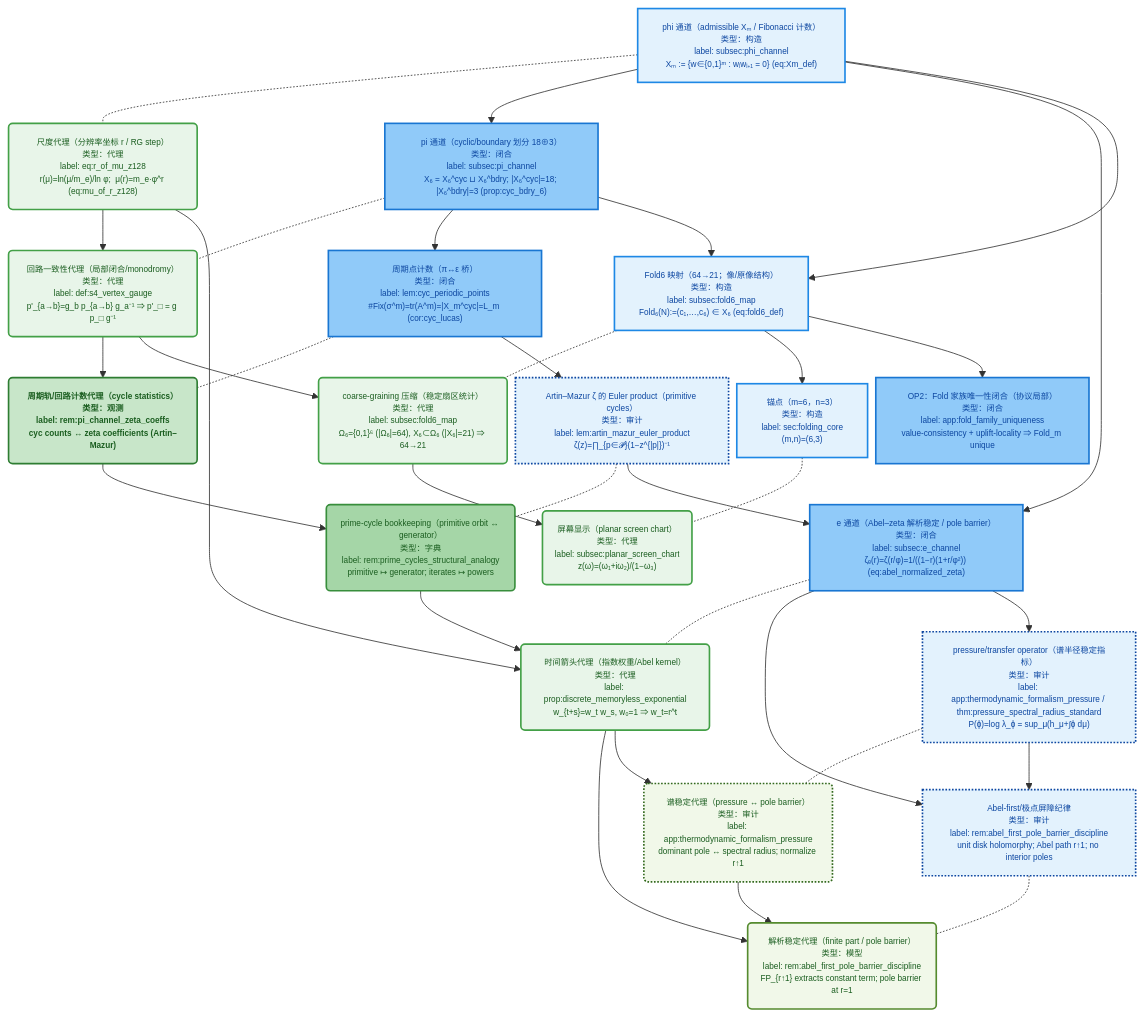
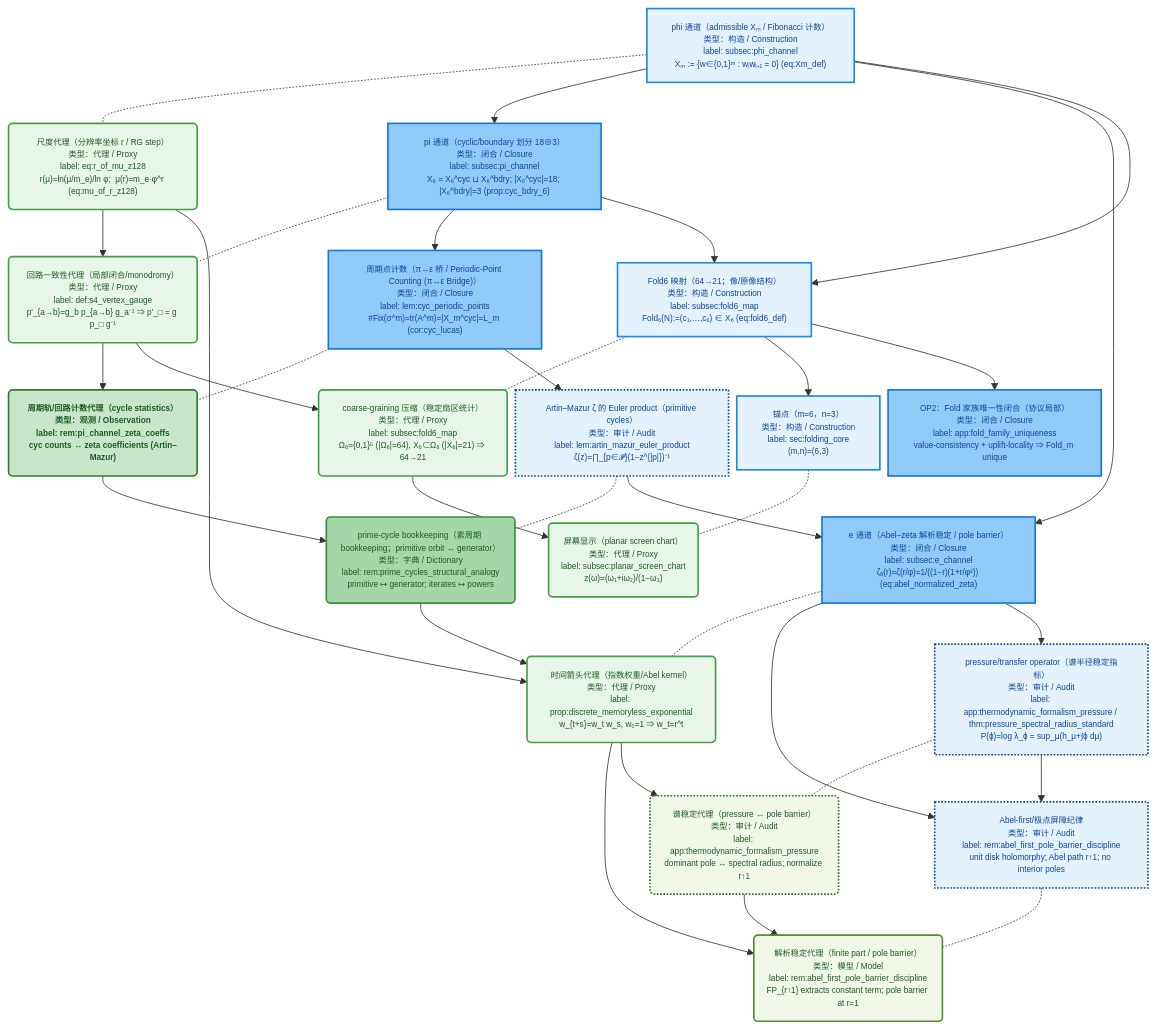
Before and after one commit to loning/the-omega: the second of 11 diagrams in docs/papers/2025_z128_standard_model_stable_sector_hpa_omega/architecture_dag.md, drawn with Mermaid. The commit also changed other lines of this file, not shown here.

First line of the commit message:
Update architecture DAG with bilingual terminology and enhanced clarity

```diff
--- a/docs/papers/2025_z128_standard_model_stable_sector_hpa_omega/architecture_dag.md
+++ b/docs/papers/2025_z128_standard_model_stable_sector_hpa_omega/architecture_dag.md
@@ -132,42 +132,42 @@
 %%{init: {"maxTextSize": 100000, "flowchart": {"useMaxWidth": false, "nodeSpacing": 10, "rankSpacing": 50}, "themeVariables": {"fontSize": "10px"}}}%%
 flowchart TB
 
-  M_phi["phi 通道（admissible Xₘ / Fibonacci 计数）<br/>类型：构造<br/>label: subsec:phi_channel<br/>Xₘ := {w∈{0,1}ᵐ : wᵢwᵢ₊₁ = 0} (eq:Xm_def)"]
-  P_phi("尺度代理（分辨率坐标 r / RG step）<br/>类型：代理<br/>label: eq:r_of_mu_z128<br/>r(μ)=ln(μ/m_e)/ln φ;  μ(r)=m_e·φ^r (eq:mu_of_r_z128)")
+  M_phi["phi 通道（admissible Xₘ / Fibonacci 计数）<br/>类型：构造 / Construction<br/>label: subsec:phi_channel<br/>Xₘ := {w∈{0,1}ᵐ : wᵢwᵢ₊₁ = 0} (eq:Xm_def)"]
+  P_phi("尺度代理（分辨率坐标 r / RG step）<br/>类型：代理 / Proxy<br/>label: eq:r_of_mu_z128<br/>r(μ)=ln(μ/m_e)/ln φ;  μ(r)=m_e·φ^r (eq:mu_of_r_z128)")
   M_phi -.- P_phi
 
-  M_pi["pi 通道（cyclic/boundary 划分 18⊕3）<br/>类型：闭合<br/>label: subsec:pi_channel<br/>X₆ = X₆^cyc ⊔ X₆^bdry; |X₆^cyc|=18; |X₆^bdry|=3 (prop:cyc_bdry_6)"]
-  P_pi("回路一致性代理（局部闭合/monodromy）<br/>类型：代理<br/>label: def:s4_vertex_gauge<br/>p'_{a→b}=g_b p_{a→b} g_a⁻¹ ⇒ p'_□ = g p_□ g⁻¹")
+  M_pi["pi 通道（cyclic/boundary 划分 18⊕3）<br/>类型：闭合 / Closure<br/>label: subsec:pi_channel<br/>X₆ = X₆^cyc ⊔ X₆^bdry; |X₆^cyc|=18; |X₆^bdry|=3 (prop:cyc_bdry_6)"]
+  P_pi("回路一致性代理（局部闭合/monodromy）<br/>类型：代理 / Proxy<br/>label: def:s4_vertex_gauge<br/>p'_{a→b}=g_b p_{a→b} g_a⁻¹ ⇒ p'_□ = g p_□ g⁻¹")
   M_pi -.- P_pi
 
-  M_periodic["周期点计数（π↔ε 桥）<br/>类型：闭合<br/>label: lem:cyc_periodic_points<br/>#Fix(σ^m)=tr(A^m)=|X_m^cyc|=L_m (cor:cyc_lucas)"]
-  P_periodic("周期轨/回路计数代理（cycle statistics）<br/>类型：观测<br/>label: rem:pi_channel_zeta_coeffs<br/>cyc counts ↔ zeta coefficients (Artin–Mazur)")
+  M_periodic["周期点计数（π↔ε 桥 / Periodic-Point Counting (π↔ε Bridge)）<br/>类型：闭合 / Closure<br/>label: lem:cyc_periodic_points<br/>#Fix(σ^m)=tr(A^m)=|X_m^cyc|=L_m (cor:cyc_lucas)"]
+  P_periodic("周期轨/回路计数代理（cycle statistics）<br/>类型：观测 / Observation<br/>label: rem:pi_channel_zeta_coeffs<br/>cyc counts ↔ zeta coefficients (Artin–Mazur)")
   M_periodic -.- P_periodic
 
-  M_am_euler["Artin–Mazur ζ 的 Euler product（primitive cycles）<br/>类型：审计<br/>label: lem:artin_mazur_euler_product<br/>ζ(z)=∏_{p∈𝓟}(1−z^{|p|})⁻¹"]
-  P_am_euler("prime-cycle bookkeeping（primitive orbit ↔ generator）<br/>类型：字典<br/>label: rem:prime_cycles_structural_analogy<br/>primitive ↦ generator; iterates ↦ powers")
+  M_am_euler["Artin–Mazur ζ 的 Euler product（primitive cycles）<br/>类型：审计 / Audit<br/>label: lem:artin_mazur_euler_product<br/>ζ(z)=∏_{p∈𝓟}(1−z^{|p|})⁻¹"]
+  P_am_euler("prime-cycle bookkeeping（素周期 bookkeeping；primitive orbit ↔ generator）<br/>类型：字典 / Dictionary<br/>label: rem:prime_cycles_structural_analogy<br/>primitive ↦ generator; iterates ↦ powers")
   M_am_euler -.- P_am_euler
 
-  M_pressure["pressure/transfer operator（谱半径稳定指标）<br/>类型：审计<br/>label: app:thermodynamic_formalism_pressure / thm:pressure_spectral_radius_standard<br/>P(ϕ)=log λ_ϕ = sup_μ(h_μ+∫ϕ dμ)"]
-  P_pressure("谱稳定代理（pressure ↔ pole barrier）<br/>类型：审计<br/>label: app:thermodynamic_formalism_pressure<br/>dominant pole ↔ spectral radius; normalize r↑1")
+  M_pressure["pressure/transfer operator（谱半径稳定指标）<br/>类型：审计 / Audit<br/>label: app:thermodynamic_formalism_pressure / thm:pressure_spectral_radius_standard<br/>P(ϕ)=log λ_ϕ = sup_μ(h_μ+∫ϕ dμ)"]
+  P_pressure("谱稳定代理（pressure ↔ pole barrier）<br/>类型：审计 / Audit<br/>label: app:thermodynamic_formalism_pressure<br/>dominant pole ↔ spectral radius; normalize r↑1")
   M_pressure -.- P_pressure
 
-  M_e["e 通道（Abel–zeta 解析稳定 / pole barrier）<br/>类型：闭合<br/>label: subsec:e_channel<br/>ζₑ(r)=ζ(r/φ)=1/((1−r)(1+r/φ²)) (eq:abel_normalized_zeta)"]
-  P_e("时间箭头代理（指数权重/Abel kernel）<br/>类型：代理<br/>label: prop:discrete_memoryless_exponential<br/>w_{t+s}=w_t w_s, w₀=1 ⇒ w_t=r^t")
+  M_e["e 通道（Abel–zeta 解析稳定 / pole barrier）<br/>类型：闭合 / Closure<br/>label: subsec:e_channel<br/>ζₑ(r)=ζ(r/φ)=1/((1−r)(1+r/φ²)) (eq:abel_normalized_zeta)"]
+  P_e("时间箭头代理（指数权重/Abel kernel）<br/>类型：代理 / Proxy<br/>label: prop:discrete_memoryless_exponential<br/>w_{t+s}=w_t w_s, w₀=1 ⇒ w_t=r^t")
   M_e -.- P_e
 
-  M_abel["Abel-first/极点屏障纪律<br/>类型：审计<br/>label: rem:abel_first_pole_barrier_discipline<br/>unit disk holomorphy; Abel path r↑1; no interior poles"]
-  P_abel("解析稳定代理（finite part / pole barrier）<br/>类型：模型<br/>label: rem:abel_first_pole_barrier_discipline<br/>FP_{r↑1} extracts constant term; pole barrier at r=1")
+  M_abel["Abel-first/极点屏障纪律<br/>类型：审计 / Audit<br/>label: rem:abel_first_pole_barrier_discipline<br/>unit disk holomorphy; Abel path r↑1; no interior poles"]
+  P_abel("解析稳定代理（finite part / pole barrier）<br/>类型：模型 / Model<br/>label: rem:abel_first_pole_barrier_discipline<br/>FP_{r↑1} extracts constant term; pole barrier at r=1")
   M_abel -.- P_abel
 
-  M_fold["Fold6 映射（64→21；像/原像结构）<br/>类型：构造<br/>label: subsec:fold6_map<br/>Fold₆(N):=(c₁,…,c₆) ∈ X₆ (eq:fold6_def)"]
-  P_fold("coarse-graining 压缩（稳定扇区统计）<br/>类型：代理<br/>label: subsec:fold6_map<br/>Ω₆={0,1}⁶ (|Ω₆|=64), X₆⊂Ω₆ (|X₆|=21) ⇒ 64→21")
+  M_fold["Fold6 映射（64→21；像/原像结构）<br/>类型：构造 / Construction<br/>label: subsec:fold6_map<br/>Fold₆(N):=(c₁,…,c₆) ∈ X₆ (eq:fold6_def)"]
+  P_fold("coarse-graining 压缩（稳定扇区统计）<br/>类型：代理 / Proxy<br/>label: subsec:fold6_map<br/>Ω₆={0,1}⁶ (|Ω₆|=64), X₆⊂Ω₆ (|X₆|=21) ⇒ 64→21")
   M_fold -.- P_fold
 
-  M_op2_fold_uniqueness["OP2：Fold 家族唯一性闭合（协议局部）<br/>类型：闭合<br/>label: app:fold_family_uniqueness<br/>value-consistency + uplift-locality ⇒ Fold_m unique"]
+  M_op2_fold_uniqueness["OP2：Fold 家族唯一性闭合（协议局部）<br/>类型：闭合 / Closure<br/>label: app:fold_family_uniqueness<br/>value-consistency + uplift-locality ⇒ Fold_m unique"]
 
-  M_anchor["锚点（m=6，n=3）<br/>类型：构造<br/>label: sec:folding_core<br/>(m,n)=(6,3)"]
-  P_screen("屏幕显示（planar screen chart）<br/>类型：代理<br/>label: subsec:planar_screen_chart<br/>z(ω)=(ω₁+iω₂)/(1−ω₃)")
+  M_anchor["锚点（m=6，n=3）<br/>类型：构造 / Construction<br/>label: sec:folding_core<br/>(m,n)=(6,3)"]
+  P_screen("屏幕显示（planar screen chart）<br/>类型：代理 / Proxy<br/>label: subsec:planar_screen_chart<br/>z(ω)=(ω₁+iω₂)/(1−ω₃)")
   M_anchor -.- P_screen
 
   M_phi --> M_pi
```
